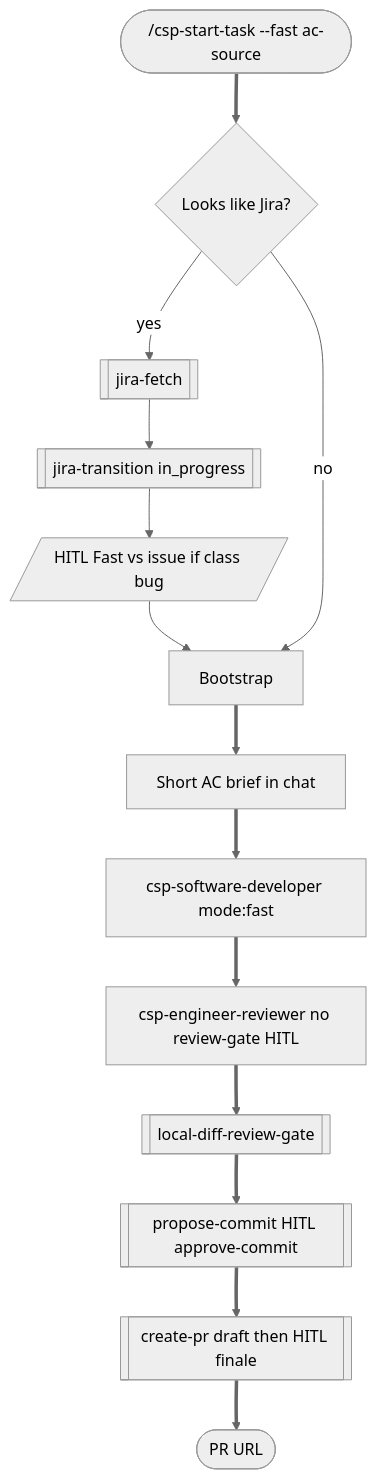
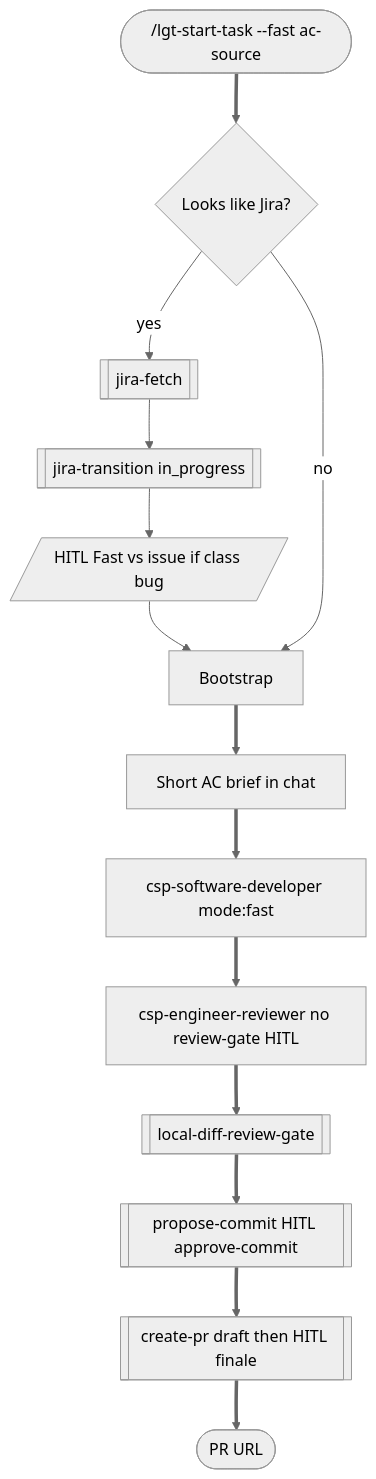
Before and after one commit to a-trembak/cursor-spells: diagram 12 of 14 in docs/superpowers/pipeline-flow.md, drawn with Mermaid (neutral theme). The commit also changed other lines of this file and 47 other files, not shown here.

First line of the commit message:
docs: switch user-facing surface from /csp-* to /lgt-*

````diff
--- a/docs/superpowers/pipeline-flow.md
+++ b/docs/superpowers/pipeline-flow.md
@@ -589,21 +589,21 @@
 ```mermaid
 flowchart TD
-  startFast(["/csp-start-task --fast ac-source"])
+  startFast(["/lgt-start-task --fast ac-source"])
   looksJira{Looks like Jira?}
   fetch[["jira-fetch"]]
   inProgress[["jira-transition in_progress"]]
   fastVsIssue[/"HITL Fast vs issue if class bug"/]
   boot["Bootstrap"]
   brief["Short AC brief in chat"]
   exec["csp-software-developer mode:fast"]
   review["csp-engineer-reviewer no review-gate HITL"]
   localDiff[["local-diff-review-gate"]]
   commitNode[["propose-commit HITL approve-commit"]]
   prNode[["create-pr draft then HITL finale"]]
   doneFast(["PR URL"])
 
   startFast ==> looksJira
   looksJira -->|"yes"| fetch --> inProgress --> fastVsIssue --> boot
   looksJira -->|"no"| boot
   boot ==> brief ==> exec ==> review ==> localDiff ==> commitNode ==> prNode ==> doneFast
 ```
````
